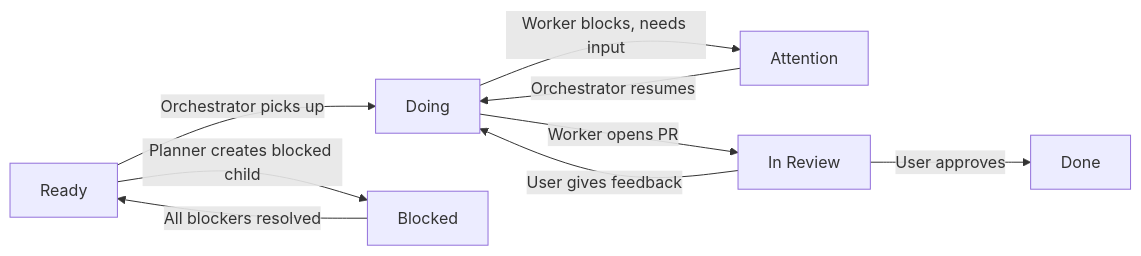
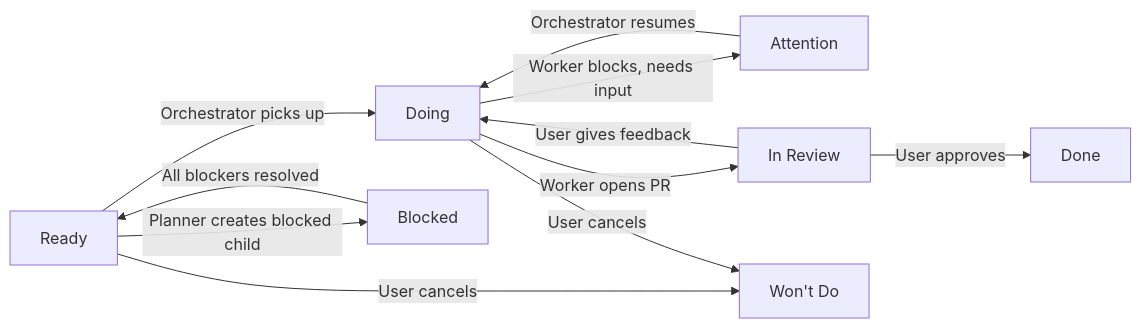
The tenth of 11 diagrams in docs/agentic-workflow.md (gara2000/agentmesh), drawn with Mermaid before and after one commit. The commit also changed other lines of this file, not shown here.

First line of the commit message:
docs: add Won't Do state, planner questions, inline answering [WORK-3zw]

````diff
--- a/docs/agentic-workflow.md
+++ b/docs/agentic-workflow.md
@@ -277,11 +286,13 @@
 ```mermaid
 flowchart LR
     Ready -->|Orchestrator picks up| Doing
     Doing -->|Worker blocks, needs input| Attention
     Attention -->|Orchestrator resumes| Doing
     Doing -->|Worker opens PR| InReview[In Review]
     InReview -->|User approves| Done
     InReview -->|User gives feedback| Doing
     Ready -->|Planner creates blocked child| Blocked
     Blocked -->|All blockers resolved| Ready
+    Ready -->|User cancels| WontDo[Won't Do]
+    Doing -->|User cancels| WontDo
 ```
````
